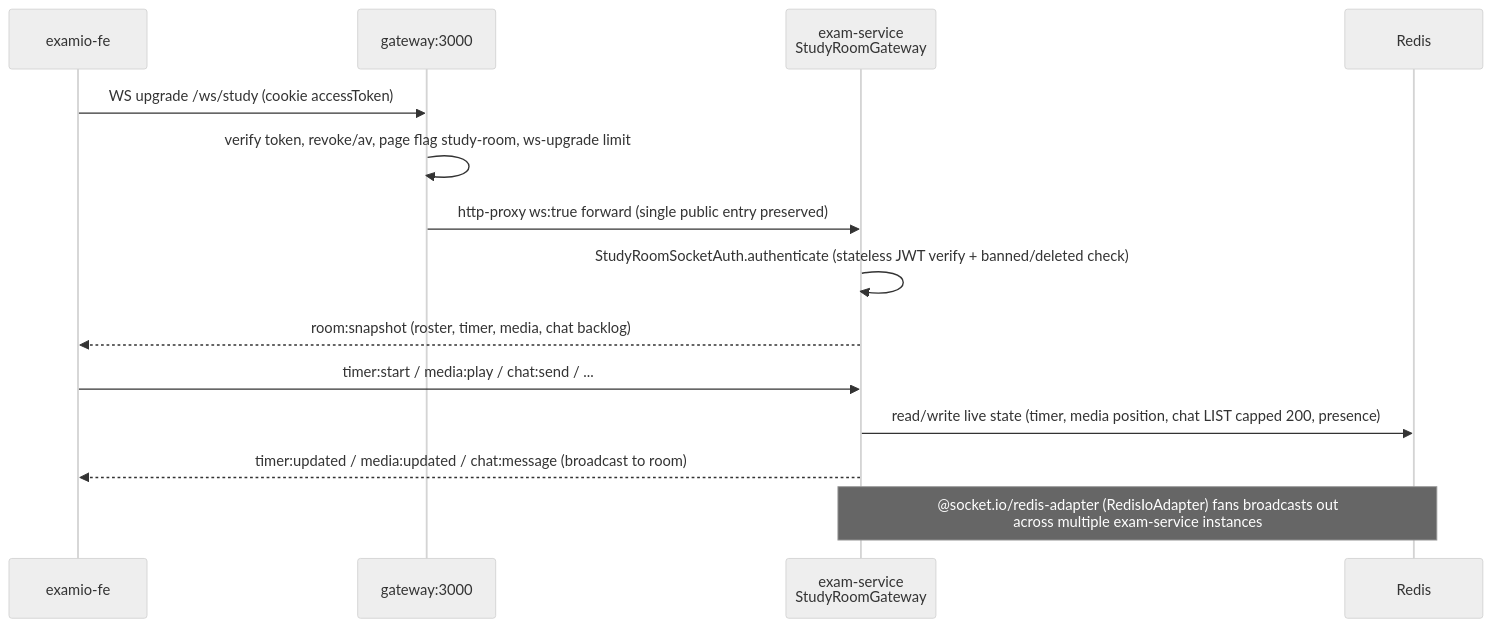
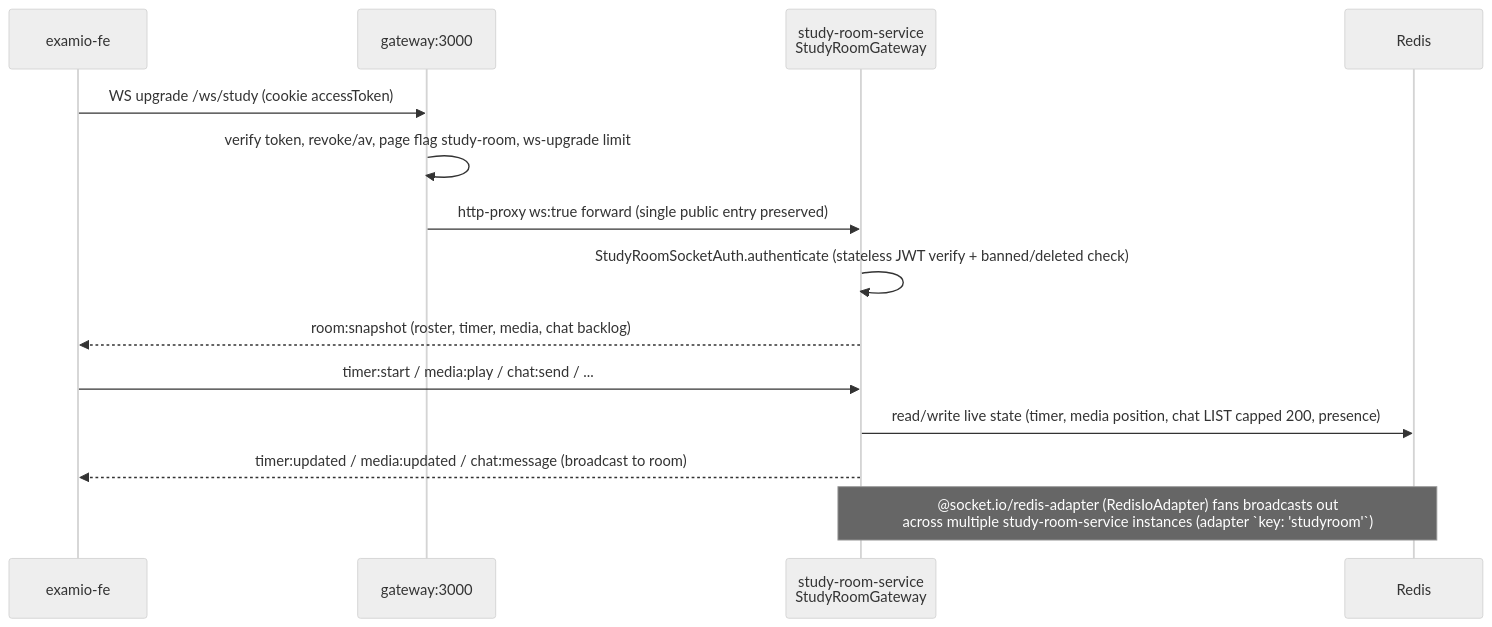
Before and after one commit to tgiap04/examio: the sixth of 9 diagrams in docs/system/architecture.md, drawn with Mermaid (neutral theme). The commit also changed other lines of this file and 12 other files, not shown here.

Commit message:
docs: document the study-room and vocabulary services

````diff
--- a/docs/system/architecture.md
+++ b/docs/system/architecture.md
@@ -264,16 +280,16 @@
 ```mermaid
 sequenceDiagram
     participant FE as examio-fe
     participant GW as gateway:3000
-    participant EX as exam-service<br/>StudyRoomGateway
+    participant EX as study-room-service<br/>StudyRoomGateway
     participant R as Redis
     FE->>GW: WS upgrade /ws/study (cookie accessToken)
     GW->>GW: verify token, revoke/av, page flag study-room, ws-upgrade limit
     GW->>EX: http-proxy ws:true forward (single public entry preserved)
     EX->>EX: StudyRoomSocketAuth.authenticate (stateless JWT verify + banned/deleted check)
     EX-->>FE: room:snapshot (roster, timer, media, chat backlog)
     FE->>EX: timer:start / media:play / chat:send / ...
     EX->>R: read/write live state (timer, media position, chat LIST capped 200, presence)
     EX-->>FE: timer:updated / media:updated / chat:message (broadcast to room)
-    Note over EX,R: @socket.io/redis-adapter (RedisIoAdapter) fans broadcasts out<br/>across multiple exam-service instances
+    Note over EX,R: @socket.io/redis-adapter (RedisIoAdapter) fans broadcasts out<br/>across multiple study-room-service instances (adapter `key: 'studyroom'`)
 ```
````
